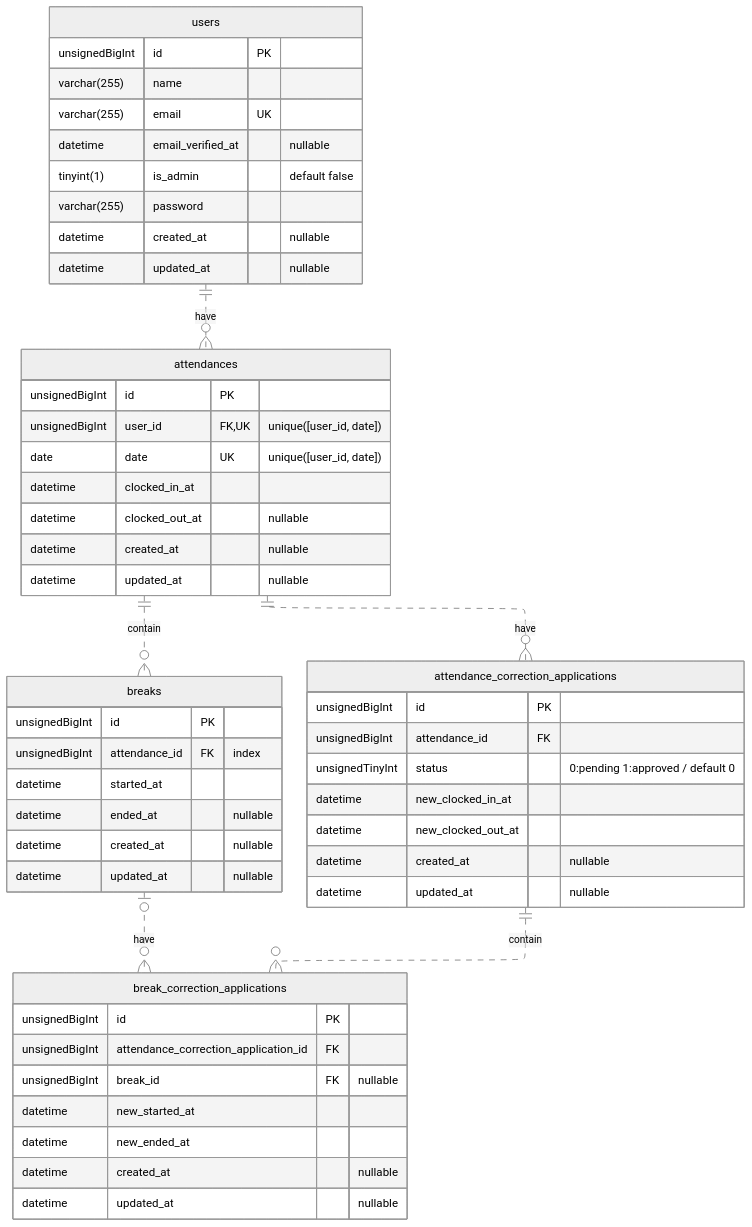
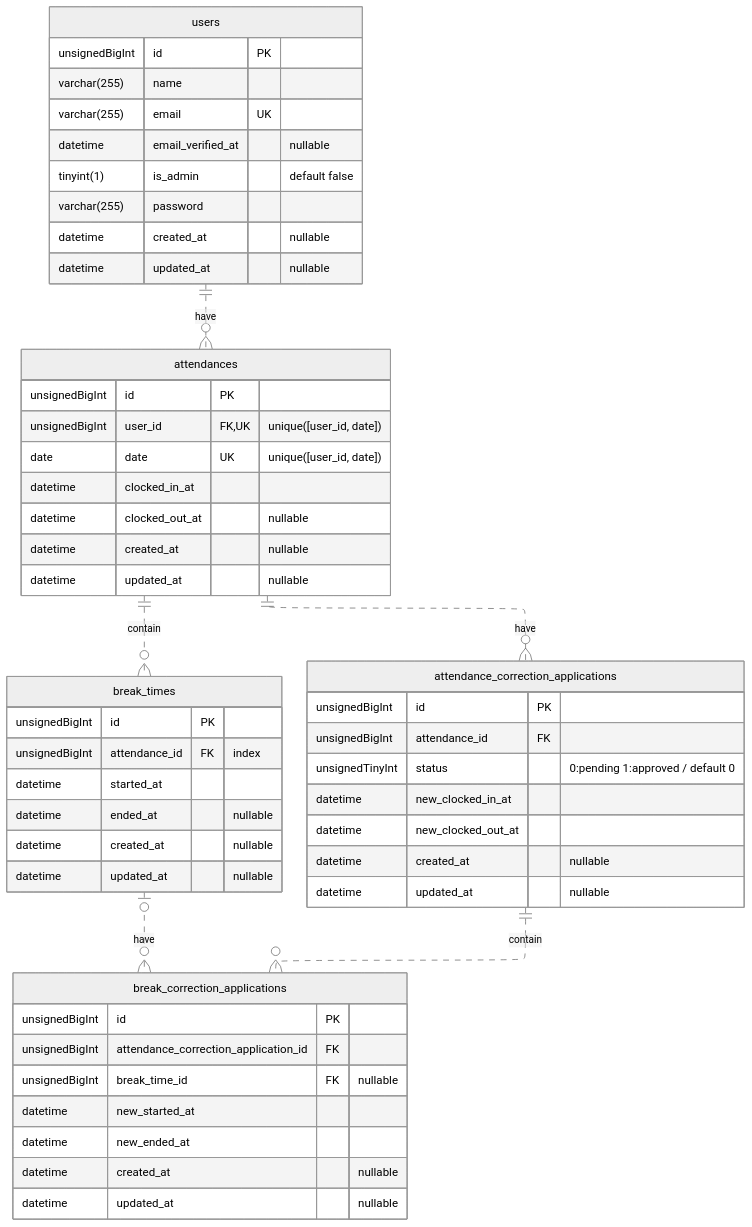
The diagram in README.md (sangwon-lee302/time-and-attendance), drawn with Mermaid (neutral theme) before and after one commit. The commit also changed other lines of this file and 46 other files, not shown here.

````diff
--- a/README.md
+++ b/README.md
@@ -17,62 +17,62 @@
 ```mermaid
 ---
 config:
     layout: elk
 ---
 erDiagram
     users ||..o{ attendances: "have"
-    attendances ||..o{ breaks: "contain"
+    attendances ||..o{ break_times: "contain"
     attendances ||..o{ attnd-corrections: "have"
     attnd-corrections ||..o{ break-corrections: "contain"
-    breaks |o..o{ break-corrections: "have"
+    break_times |o..o{ break-corrections: "have"
 
     users {
         unsignedBigInt id PK
         varchar(255) name
         varchar(255) email UK
         datetime email_verified_at "nullable"
         tinyint(1) is_admin "default false"
         varchar(255) password
         datetime created_at "nullable"
         datetime updated_at "nullable"
     }
 
     attendances {
         unsignedBigInt id PK
         unsignedBigInt user_id FK, UK "unique([user_id, date])"
         date date UK "unique([user_id, date])"
         datetime clocked_in_at
         datetime clocked_out_at "nullable"
         datetime created_at "nullable"
         datetime updated_at "nullable"
     }
 
-    breaks {
+    break_times {
         unsignedBigInt id PK
         unsignedBigInt attendance_id FK "index"
         datetime started_at
         datetime ended_at "nullable"
         datetime created_at "nullable"
         datetime updated_at "nullable"
     }
 
     attnd-corrections["attendance_correction_applications"] {
         unsignedBigInt id PK
         unsignedBigInt attendance_id FK
         unsignedTinyInt status "0:pending 1:approved / default 0"
         datetime new_clocked_in_at
         datetime new_clocked_out_at
         datetime created_at "nullable"
         datetime updated_at "nullable"
     }
 
     break-corrections["break_correction_applications"] {
         unsignedBigInt id PK
         unsignedBigInt attendance_correction_application_id FK
-        unsignedBigInt break_id FK "nullable"
+        unsignedBigInt break_time_id FK "nullable"
         datetime new_started_at
         datetime new_ended_at
         datetime created_at "nullable"
         datetime updated_at "nullable"
     }
 ```
````
